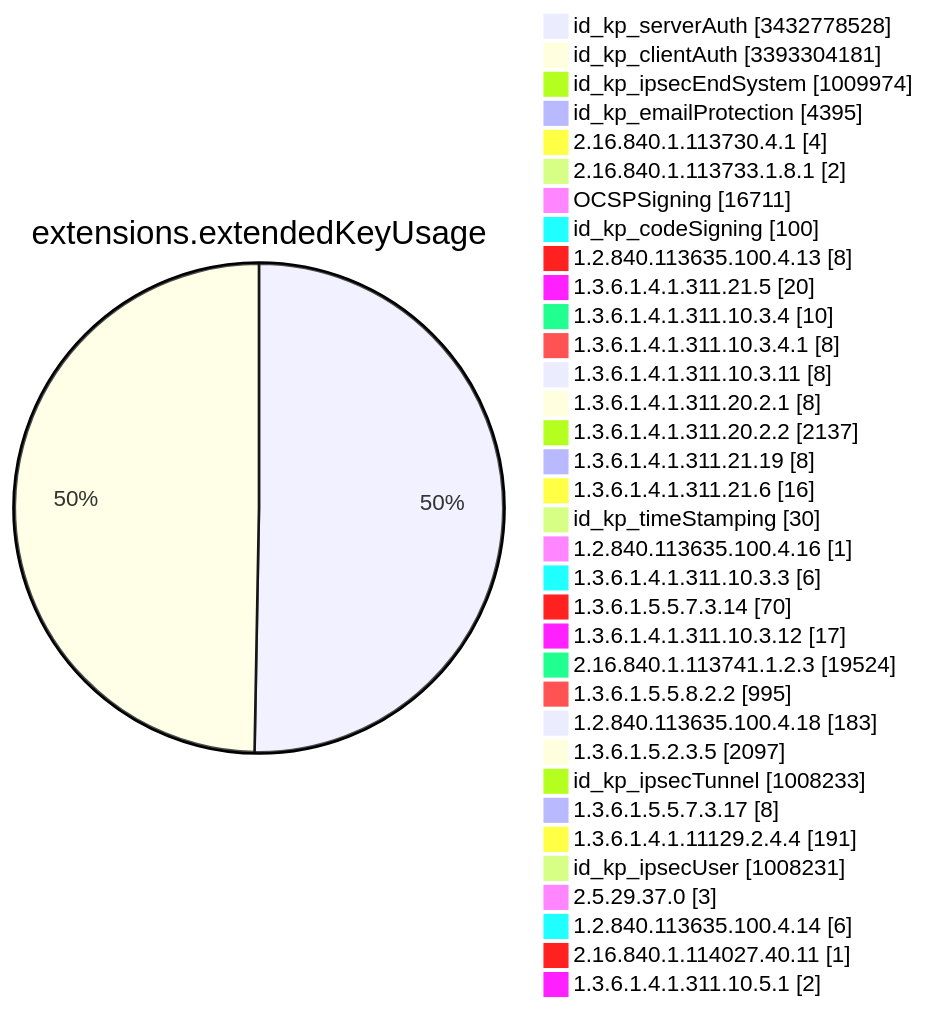
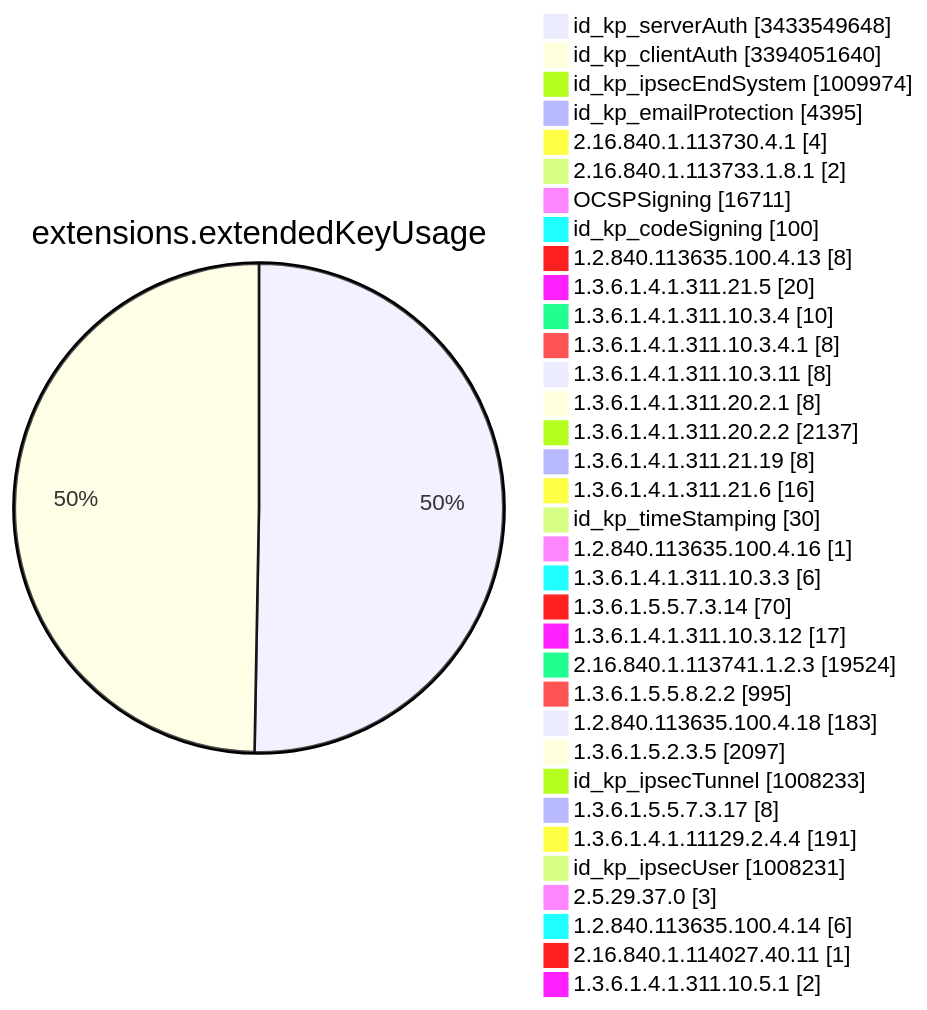
One commit to christiankrug/ctmonitor_visualization changed diagram 11 of 15 in TOTAL/README.md. Above: the diagram before and after it, drawn with Mermaid. The commit also changed other lines of this file, not shown here.

````diff
--- a/TOTAL/README.md
+++ b/TOTAL/README.md
@@ -4122,38 +4122,38 @@
 ```mermaid
 pie showData
 title extensions.extendedKeyUsage
-"id_kp_serverAuth" :3432778528
-"id_kp_clientAuth" :3393304181
+"id_kp_serverAuth" :3433549648
+"id_kp_clientAuth" :3394051640
 "id_kp_ipsecEndSystem" :1009974
 "id_kp_emailProtection" :4395
 "2.16.840.1.113730.4.1" :4
 "2.16.840.1.113733.1.8.1" :2
 "OCSPSigning" :16711
 "id_kp_codeSigning" :100
 "1.2.840.113635.100.4.13" :8
 "1.3.6.1.4.1.311.21.5" :20
 "1.3.6.1.4.1.311.10.3.4" :10
 "1.3.6.1.4.1.311.10.3.4.1" :8
 "1.3.6.1.4.1.311.10.3.11" :8
 "1.3.6.1.4.1.311.20.2.1" :8
 "1.3.6.1.4.1.311.20.2.2" :2137
 "1.3.6.1.4.1.311.21.19" :8
 "1.3.6.1.4.1.311.21.6" :16
 "id_kp_timeStamping" :30
 "1.2.840.113635.100.4.16" :1
 "1.3.6.1.4.1.311.10.3.3" :6
 "1.3.6.1.5.5.7.3.14" :70
 "1.3.6.1.4.1.311.10.3.12" :17
 "2.16.840.1.113741.1.2.3" :19524
 "1.3.6.1.5.5.8.2.2" :995
 "1.2.840.113635.100.4.18" :183
 "1.3.6.1.5.2.3.5" :2097
 "id_kp_ipsecTunnel" :1008233
 "1.3.6.1.5.5.7.3.17" :8
 "1.3.6.1.4.1.11129.2.4.4" :191
 "id_kp_ipsecUser" :1008231
 "2.5.29.37.0" :3
 "1.2.840.113635.100.4.14" :6
 "2.16.840.1.114027.40.11" :1
 "1.3.6.1.4.1.311.10.5.1" :2
 ```
````
